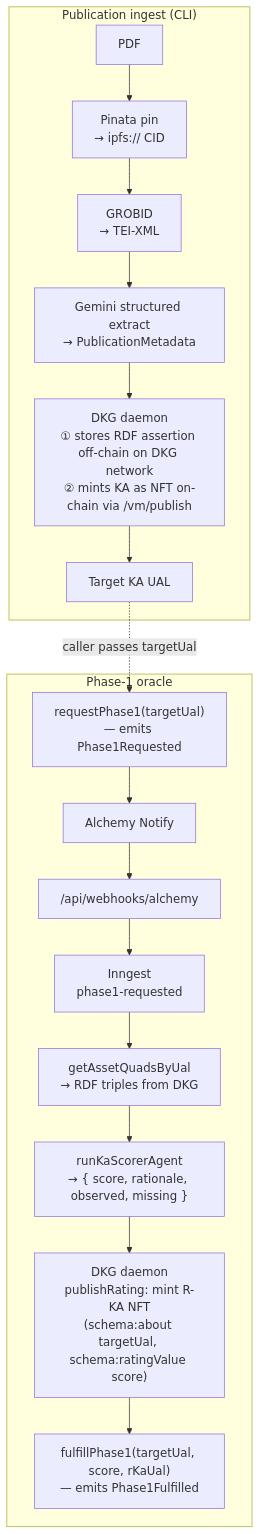
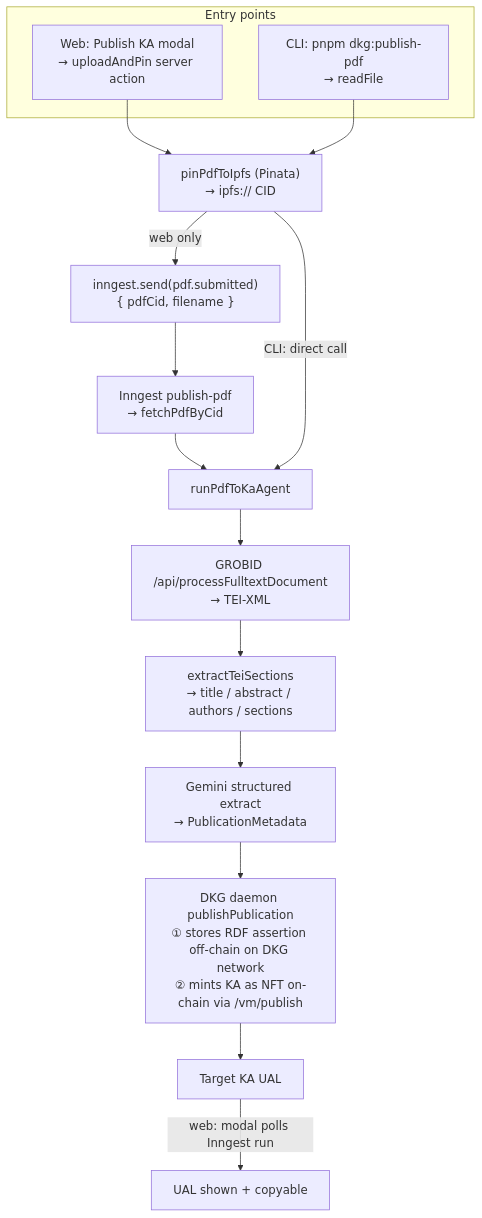
The first of 2 diagrams in README.md (SiegfriedBz/desci-rating-dapp), drawn with Mermaid before and after one commit. The commit also changed other lines of this file, not shown here.

````diff
--- a/README.md
+++ b/README.md
@@ -51,22 +58,19 @@
 ```mermaid
 flowchart TD
-  subgraph ingest["Publication ingest (CLI)"]
-    PDF["PDF"] --> PIN["Pinata pin\n→ ipfs:// CID"]
-    PIN --> GROBID["GROBID\n→ TEI-XML"]
-    GROBID --> META["Gemini structured extract\n→ PublicationMetadata"]
-    META --> DAEMON["DKG daemon\n① stores RDF assertion off-chain on DKG network\n② mints KA as NFT on-chain via /vm/publish"]
-    DAEMON --> UAL["Target KA UAL"]
+  subgraph entry["Entry points"]
+    WEB["Web: Publish KA modal\n→ uploadAndPin server action"]
+    CLI["CLI: pnpm dkg:publish-pdf\n→ readFile"]
   end
-
-  subgraph oracle["Phase-1 oracle"]
-    REQ["requestPhase1(targetUal)\n— emits Phase1Requested"] --> ALCH["Alchemy Notify"]
-    ALCH --> WH["/api/webhooks/alchemy"]
-    WH --> INN["Inngest\nphase1-requested"]
-    INN --> FETCH["getAssetQuadsByUal\n→ RDF triples from DKG"]
-    FETCH --> SCORE["runKaScorerAgent\n→ { score, rationale, observed, missing }"]
-    SCORE --> RKA["DKG daemon\npublishRating: mint R-KA NFT\n(schema:about targetUal, schema:ratingValue score)"]
-    RKA --> FUL["fulfillPhase1(targetUal, score, rKaUal)\n— emits Phase1Fulfilled"]
-  end
-
-  UAL -.->|"caller passes targetUal"| REQ
+  WEB --> PIN["pinPdfToIpfs (Pinata)\n→ ipfs:// CID"]
+  CLI --> PIN
+  PIN -->|web only| EV["inngest.send(pdf.submitted)\n{ pdfCid, filename }"]
+  EV --> FN["Inngest publish-pdf\n→ fetchPdfByCid"]
+  FN --> AGENT["runPdfToKaAgent"]
+  PIN -->|CLI: direct call| AGENT
+  AGENT --> GROBID["GROBID /api/processFulltextDocument\n→ TEI-XML"]
+  GROBID --> TEI["extractTeiSections\n→ title / abstract / authors / sections"]
+  TEI --> META["Gemini structured extract\n→ PublicationMetadata"]
+  META --> DAEMON["DKG daemon publishPublication\n① stores RDF assertion off-chain on DKG network\n② mints KA as NFT on-chain via /vm/publish"]
+  DAEMON --> UAL["Target KA UAL"]
+  UAL -->|web: modal polls Inngest run| SHOW["UAL shown + copyable"]
 ```
````
